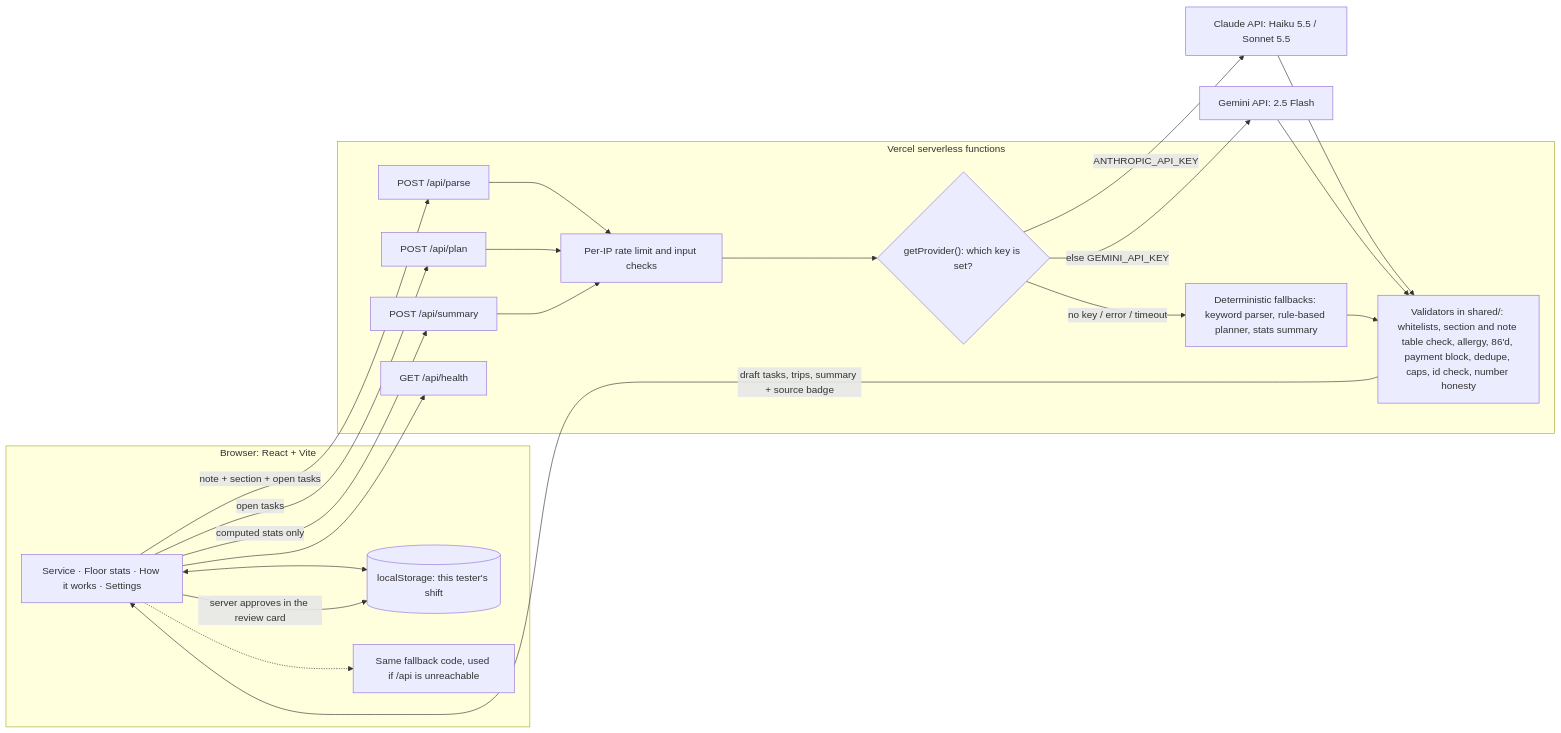
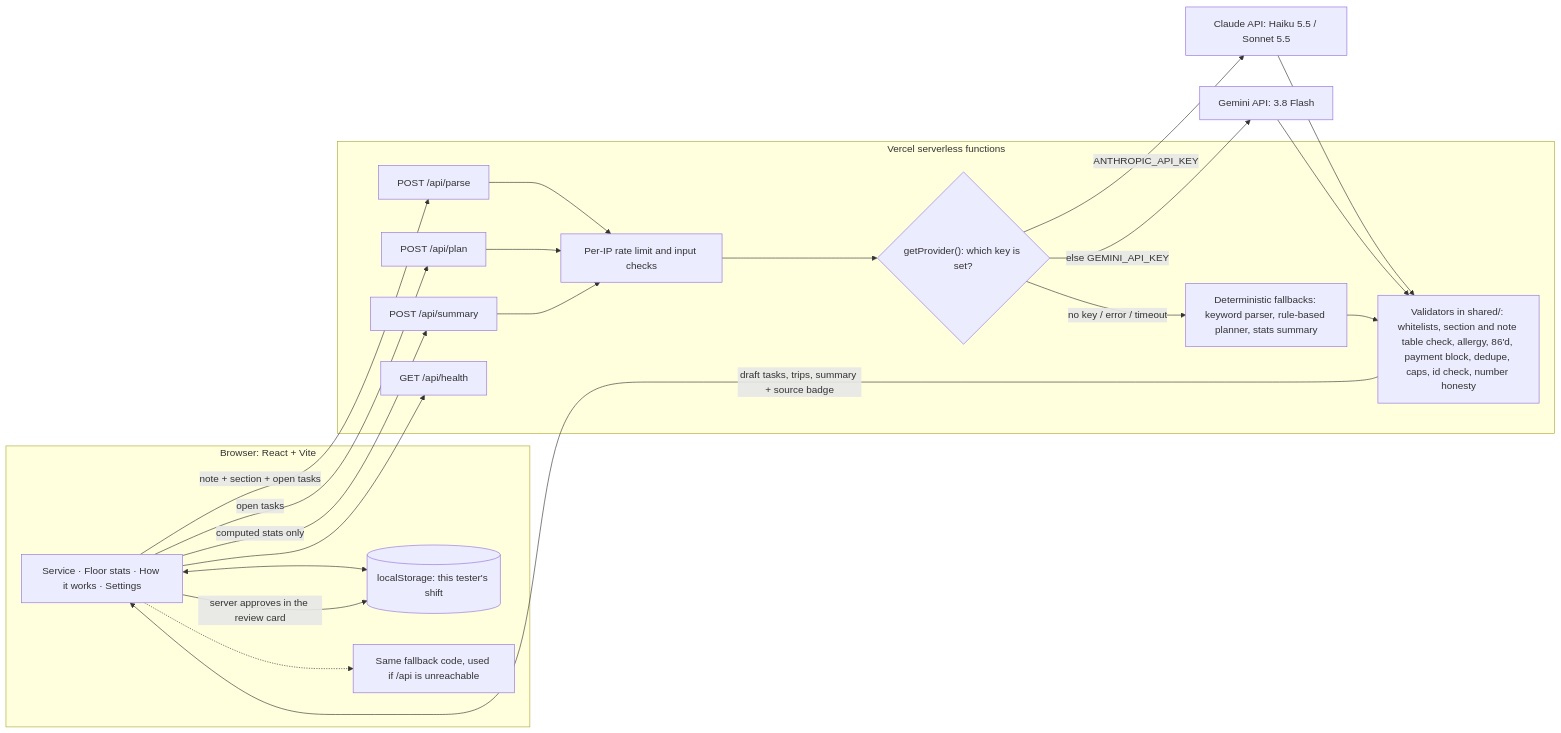
Before and after one commit to tshusanta/waiterly: the diagram in docs/PROJECT_SUMMARY.md, drawn with Mermaid. The commit also changed other lines of this file and 15 other files, not shown here.

````diff
--- a/docs/PROJECT_SUMMARY.md
+++ b/docs/PROJECT_SUMMARY.md
@@ -59,38 +59,38 @@
 ```mermaid
 flowchart LR
   subgraph Browser["Browser: React + Vite"]
     UI["Service · Floor stats · How it works · Settings"]
     LS[("localStorage: this tester's shift")]
     OFF["Same fallback code, used if /api is unreachable"]
     UI <--> LS
     UI -.-> OFF
   end
 
   subgraph Vercel["Vercel serverless functions"]
     PARSE["POST /api/parse"]
     PLAN["POST /api/plan"]
     SUM["POST /api/summary"]
     HEALTH["GET /api/health"]
     RL["Per-IP rate limit and input checks"]
     SEL{"getProvider(): which key is set?"}
     VAL["Validators in shared/: whitelists, section and note table check, allergy, 86'd, payment block, dedupe, caps, id check, number honesty"]
     FB["Deterministic fallbacks: keyword parser, rule-based planner, stats summary"]
   end
 
   CLAUDE["Claude API: Haiku 5.5 / Sonnet 5.5"]
-  GEMINI["Gemini API: 2.5 Flash"]
+  GEMINI["Gemini API: 3.8 Flash"]
 
   UI -- "note + section + open tasks" --> PARSE
   UI -- "open tasks" --> PLAN
   UI -- "computed stats only" --> SUM
   UI --> HEALTH
   PARSE & PLAN & SUM --> RL --> SEL
   SEL -- "ANTHROPIC_API_KEY" --> CLAUDE
   SEL -- "else GEMINI_API_KEY" --> GEMINI
   SEL -- "no key / error / timeout" --> FB
   CLAUDE --> VAL
   GEMINI --> VAL
   FB --> VAL
   VAL -- "draft tasks, trips, summary + source badge" --> UI
   UI -- "server approves in the review card" --> LS
 ```
````
